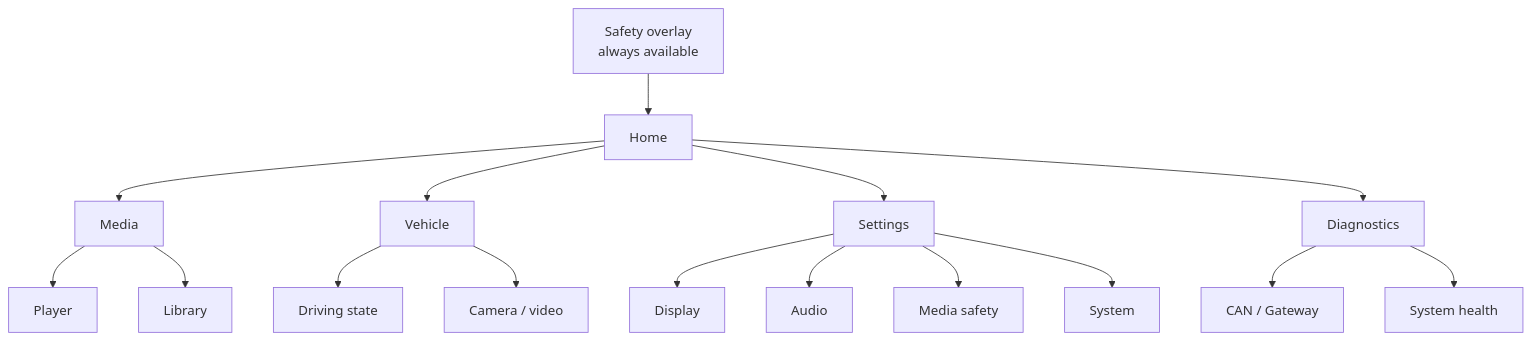
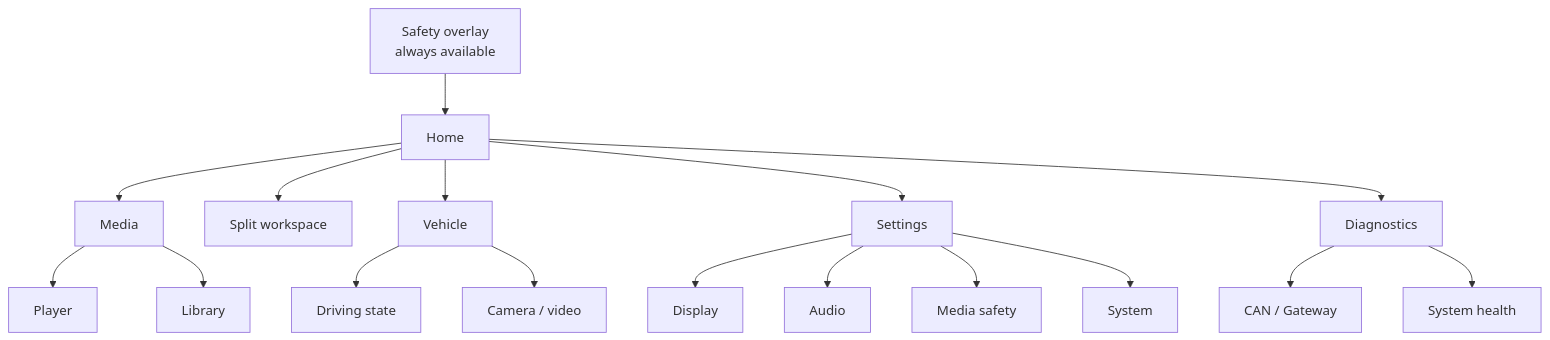
Before and after one commit to oas-ai/ohayessOS: the diagram in crates/hmi/INFORMATION_ARCHITECTURE.md, drawn with Mermaid. The commit also changed other lines of this file and 6 other files, not shown here.

Commit message:
feat(hmi): add appearance and split workspace

````diff
--- a/crates/hmi/INFORMATION_ARCHITECTURE.md
+++ b/crates/hmi/INFORMATION_ARCHITECTURE.md
@@ -5,18 +5,19 @@
 ```mermaid
 flowchart TD
   Safety[Safety overlay<br/>always available] --> Home
   Home[Home] --> Media[Media]
+  Home --> Split[Split workspace]
   Home --> Vehicle[Vehicle]
   Home --> Settings[Settings]
   Home --> Diagnostics[Diagnostics]
   Media --> Player[Player]
   Media --> Library[Library]
   Vehicle --> Drive[Driving state]
   Vehicle --> Vision[Camera / video]
   Settings --> Display[Display]
   Settings --> Audio[Audio]
   Settings --> MediaSafety[Media safety]
   Settings --> System[System]
   Diagnostics --> Can[CAN / Gateway]
   Diagnostics --> Health[System health]
 ```
````
